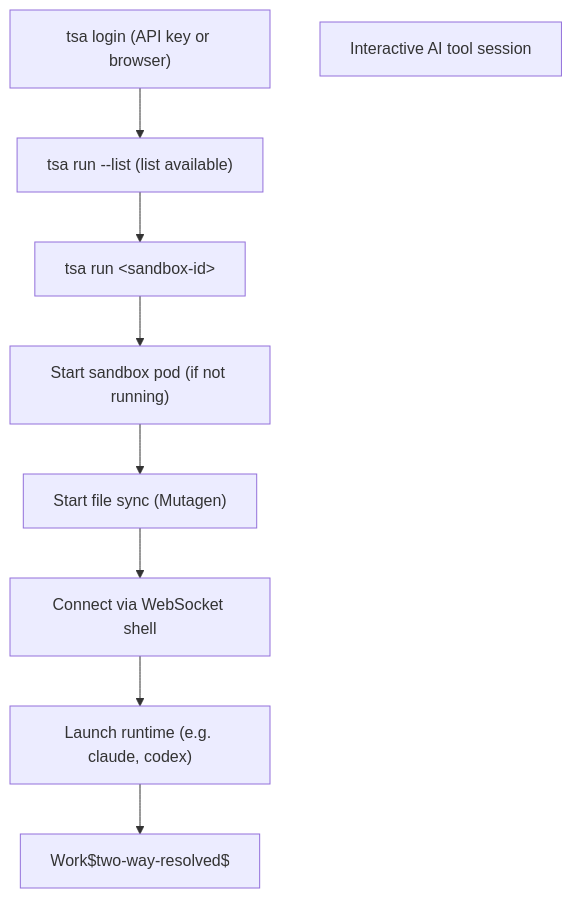
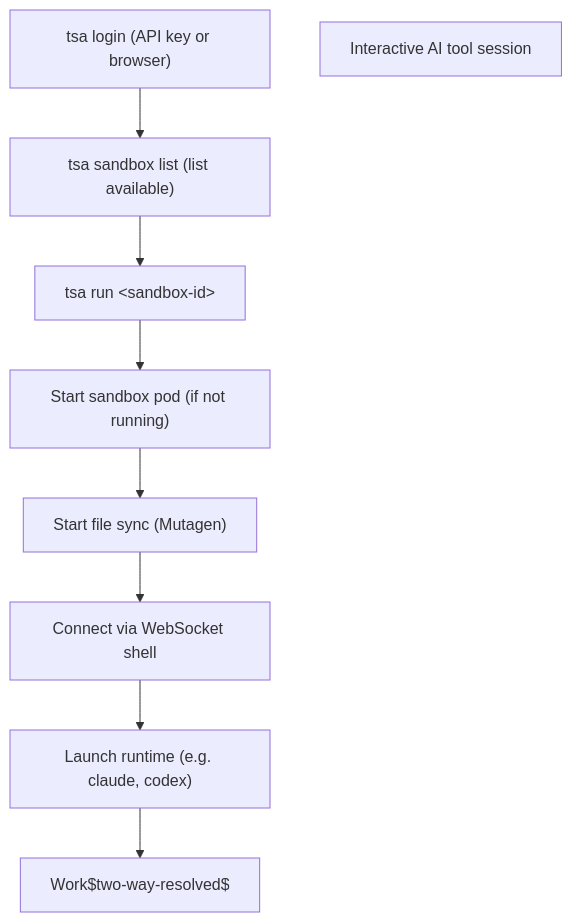
One commit to threadedstack/threadedstack changed the diagram in docs/user-guide/tsa-cli.md. Above: the diagram before and after it, drawn with Mermaid. The commit also changed other lines of this file and 8 other files, not shown here.

First line of the commit message:
refactor(tsa,domain): extract --list into sub-tasks and overhaul sync auto-start

````diff
--- a/docs/user-guide/tsa-cli.md
+++ b/docs/user-guide/tsa-cli.md
@@ -21,14 +21,14 @@
 ```mermaid
 flowchart TD
   Login["tsa login (API key or browser)"]
-  List["tsa run --list (list available)"]
+  List["tsa sandbox list (list available)"]
   Run["tsa run &lt;sandbox-id&gt;"]
   Start["Start sandbox pod (if not running)"]
   Sync["Start file sync (Mutagen)"]
   Connect["Connect via WebSocket shell"]
   Launch["Launch runtime (e.g. claude, codex)"]
   Work["Interactive AI tool session"]
 
   Login --> List --> Run
   Run --> Start --> Sync --> Connect --> Launch --> Work$two-way-resolved$
 ```
````
